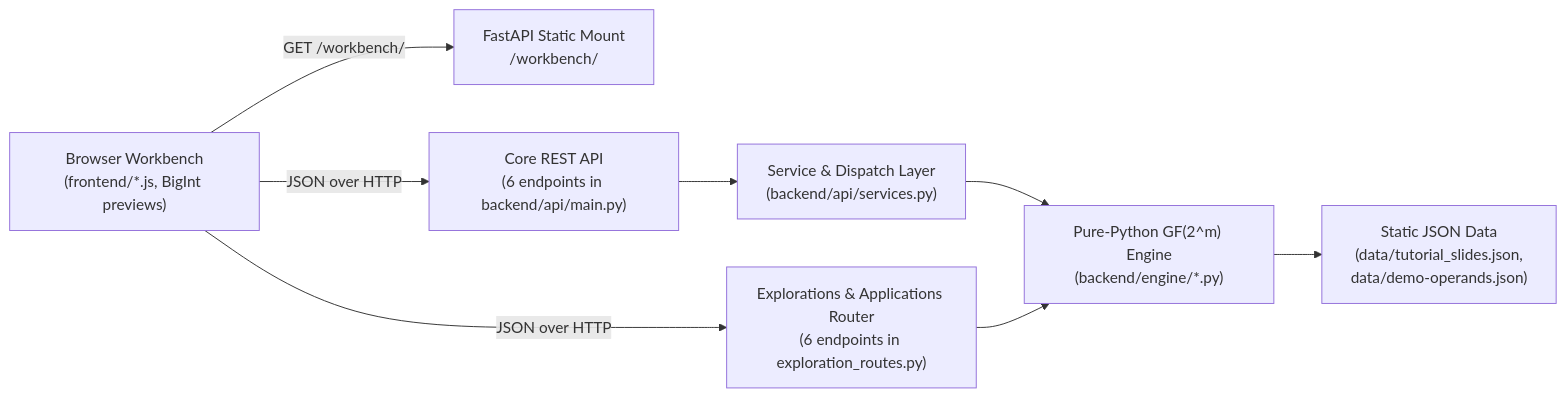
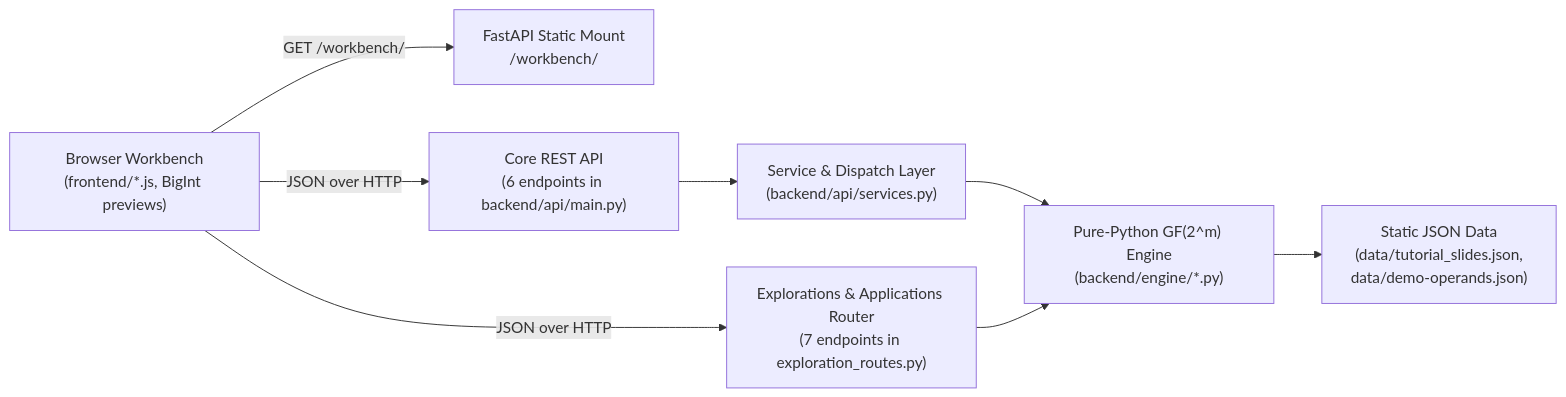
One commit to huseinZahweh/Polynomial-Arithmetic changed the diagram in docs/ARCHITECTURE.md. Above: the diagram before and after it, drawn with Mermaid. The commit also changed other lines of this file and 24 other files, not shown here.

````diff
--- a/docs/ARCHITECTURE.md
+++ b/docs/ARCHITECTURE.md
@@ -12,18 +12,18 @@
 ```mermaid
 flowchart LR
     Browser["Browser Workbench<br/>(frontend/*.js, BigInt previews)"]
     Static["FastAPI Static Mount<br/>/workbench/"]
     CoreAPI["Core REST API<br/>(6 endpoints in backend/api/main.py)"]
-    ExpAPI["Explorations & Applications Router<br/>(6 endpoints in exploration_routes.py)"]
+    ExpAPI["Explorations & Applications Router<br/>(7 endpoints in exploration_routes.py)"]
     Services["Service & Dispatch Layer<br/>(backend/api/services.py)"]
     Engine["Pure-Python GF(2^m) Engine<br/>(backend/engine/*.py)"]
     Data["Static JSON Data<br/>(data/tutorial_slides.json,<br/>data/demo-operands.json)"]
 
     Browser -->|GET /workbench/| Static
     Browser -->|JSON over HTTP| CoreAPI
     Browser -->|JSON over HTTP| ExpAPI
     CoreAPI --> Services
     Services --> Engine
     ExpAPI --> Engine
     Engine --> Data
 ```
````
